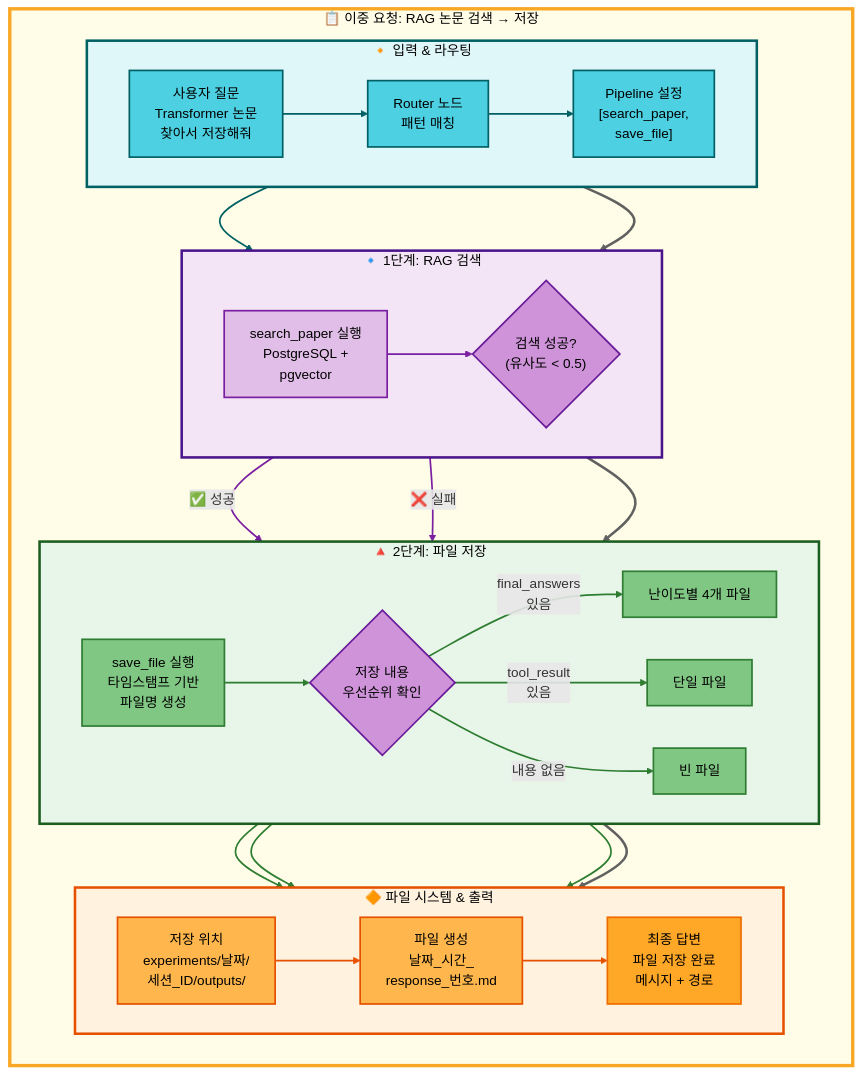
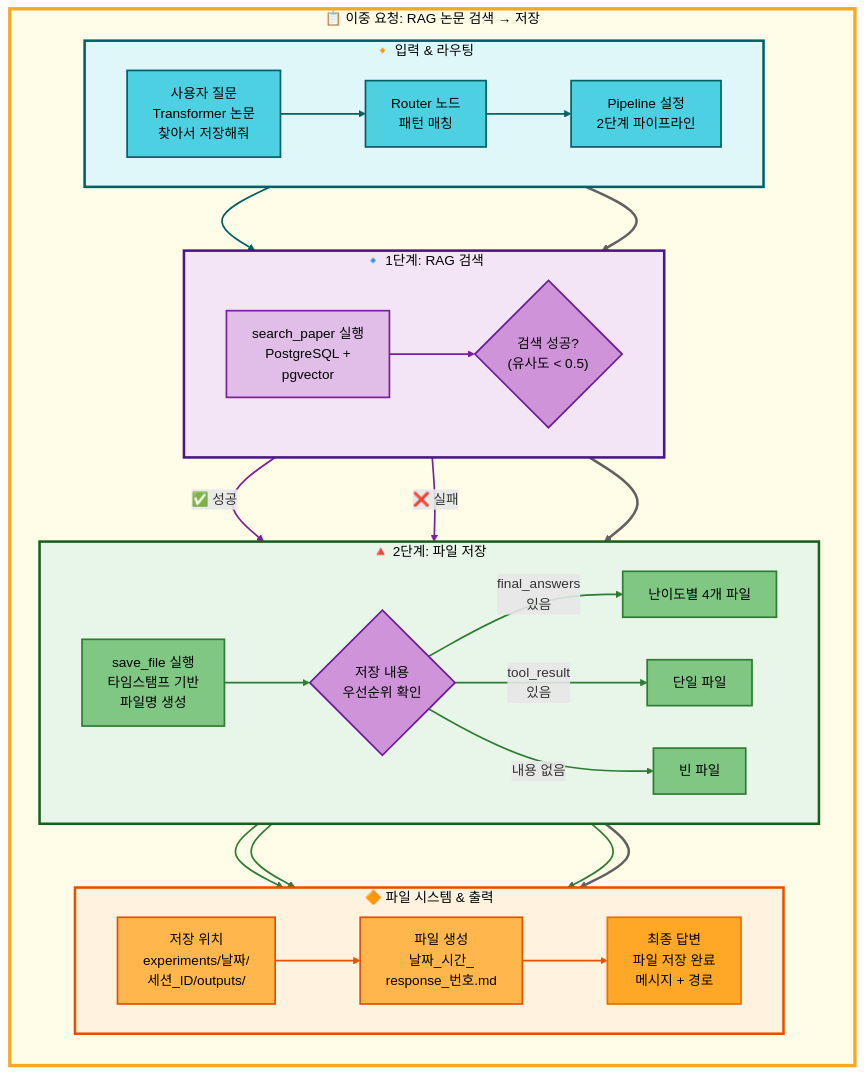
The first of 2 diagrams in docs/architecture/multiple_request/02_이중요청_RAG논문검색_저장.md (AIBootcamp14/langchainproject-new-langchainproject_5), drawn with Mermaid before and after one commit. The commit also changed other lines of this file and 1 other file, not shown here.

First line of the commit message:
fix: 다중 요청 문서 Mermaid 파싱 오류 수정

```diff
--- a/docs/architecture/multiple_request/02_이중요청_RAG논문검색_저장.md
+++ b/docs/architecture/multiple_request/02_이중요청_RAG논문검색_저장.md
@@ -219,7 +219,7 @@
         subgraph Input["🔸 입력 & 라우팅"]
             direction LR
             User["사용자 질문<br/>Transformer 논문<br/>찾아서 저장해줘"] --> Router["Router 노드<br/>패턴 매칭"]
-            Router --> PipelineSet["Pipeline 설정<br/>[search_paper,<br/>save_file]"]
+            Router --> PipelineSet["Pipeline 설정<br/>2단계 파이프라인"]
         end
 
         subgraph Step1["🔹 1단계: RAG 검색"]
```
